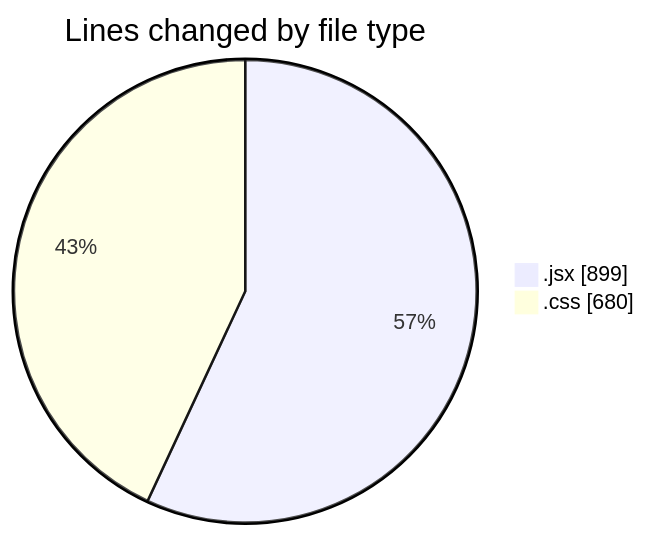
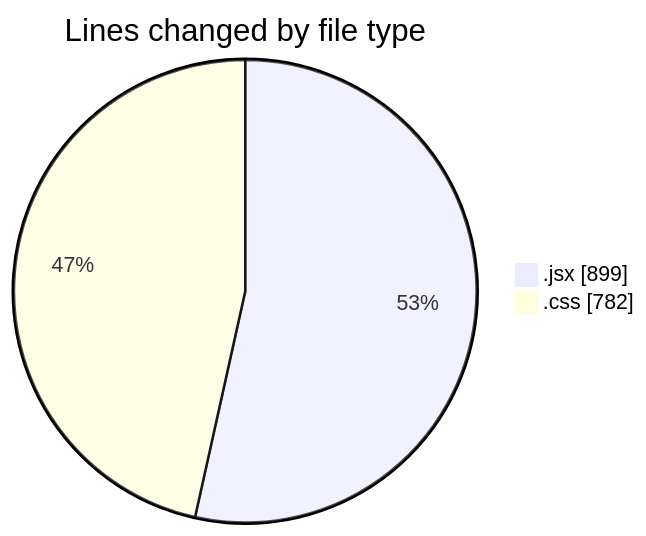
One commit to BS-eng2023/code-tracking changed the first of 2 diagrams in 2025-05-08/recipe-app/README.md. Above: the diagram before and after it, drawn with Mermaid. The commit also changed other lines of this file and 1 other file, not shown here.

````diff
--- a/2025-05-08/recipe-app/README.md
+++ b/2025-05-08/recipe-app/README.md
@@ -26,6 +26,6 @@
 ```mermaid
 pie showData
 title Lines changed by file type
 ".jsx" : 899
-".css" : 680
+".css" : 782
 ```
````
